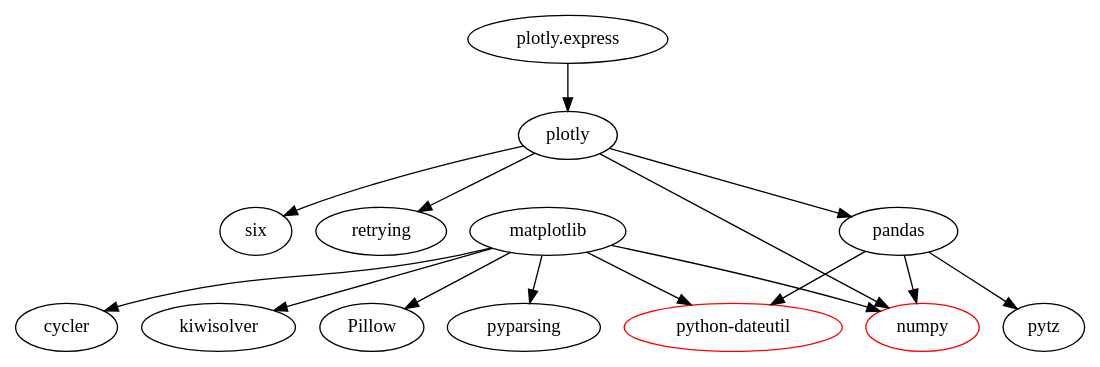
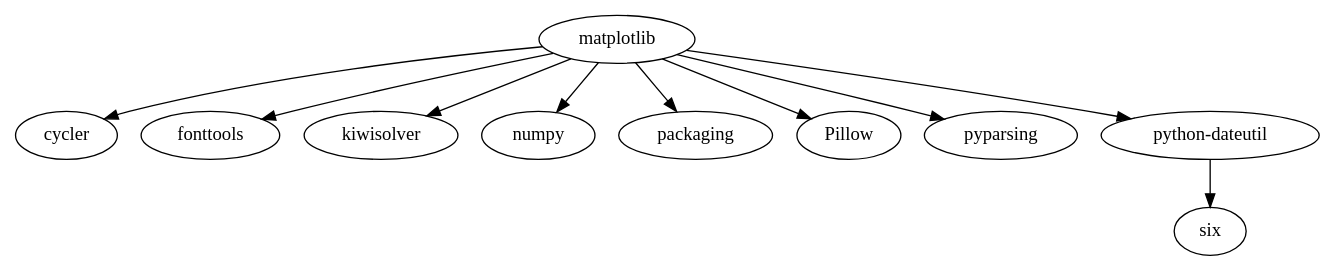
One commit to rashid-yusubov/configuration-management changed the first of 2 diagrams in pract2/pract2.md. Above: the diagram before and after it, drawn with Graphviz. The commit also changed other lines of this file, not shown here.

````diff
--- a/pract2/pract2.md
+++ b/pract2/pract2.md
@@ -166,25 +167,15 @@
 ```dot
 digraph G {
     // Узлы для matplotlib
+    "matplotlib" -> "cycler";
+    "matplotlib" -> "fonttools";
+    "matplotlib" -> "kiwisolver";
     "matplotlib" -> "numpy";
+    "matplotlib" -> "packaging";
+    "matplotlib" -> "Pillow";
     "matplotlib" -> "pyparsing";
-    "matplotlib" -> "cycler";
     "matplotlib" -> "python-dateutil";
-    "matplotlib" -> "kiwisolver";
-    "matplotlib" -> "Pillow";
 
-    // Узлы для plotly.express
-    "plotly.express" -> "plotly";
-    "plotly" -> "pandas";
-    "plotly" -> "numpy";
-    "plotly" -> "six";
-    "plotly" -> "retrying";
-    "pandas" -> "python-dateutil";
-    "pandas" -> "numpy";
-    "pandas" -> "pytz";
-
-    // Общие зависимости
-    "numpy" [color=red];
-    "python-dateutil" [color=red];
+    "python-dateutil" -> "six";
 }
 ```
````
